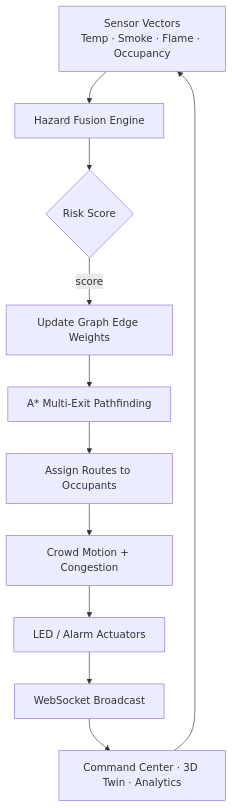
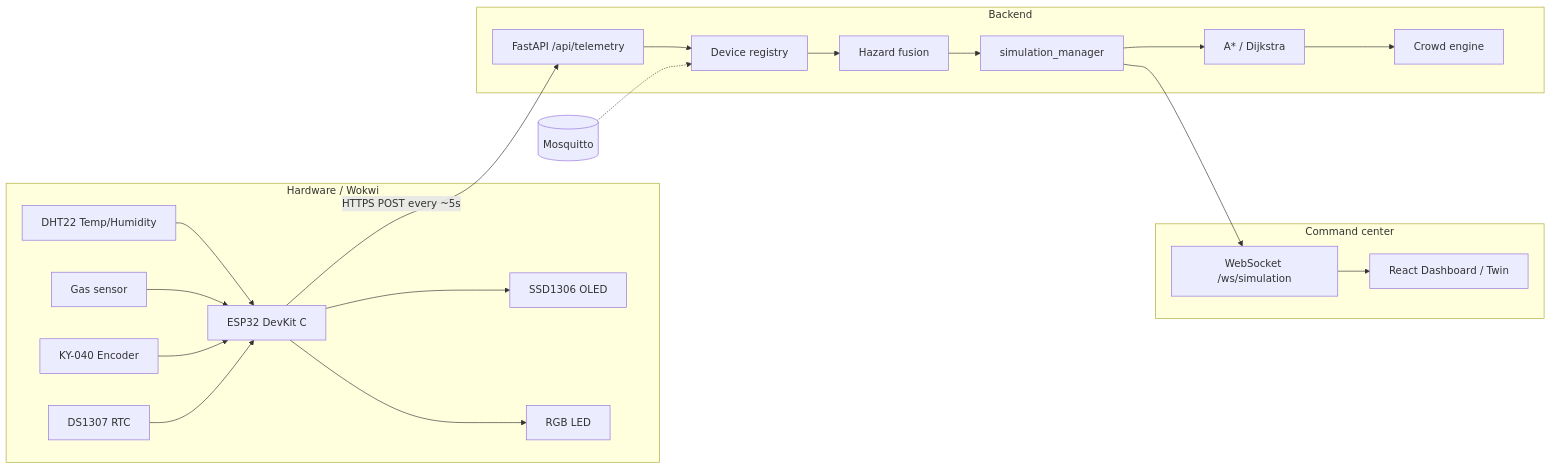
Before and after one commit to akshaimax341/fire-exit: the diagram in README.md, drawn with Mermaid. The commit also changed other lines of this file and 30 other files, not shown here.

````diff
--- a/README.md
+++ b/README.md
@@ -64,13 +11,38 @@
 ```mermaid
-flowchart TD
-  A[Sensor Vectors<br/>Temp · Smoke · Flame · Occupancy] --> B[Hazard Fusion Engine]
-  B --> C{Risk Score}
-  C -->|score| D[Update Graph Edge Weights]
-  D --> E[A* Multi-Exit Pathfinding]
-  E --> F[Assign Routes to Occupants]
-  F --> G[Crowd Motion + Congestion]
-  G --> H[LED / Alarm Actuators]
-  H --> I[WebSocket Broadcast]
-  I --> J[Command Center · 3D Twin · Analytics]
-  J --> A
+flowchart LR
+  subgraph Edge["Hardware / Wokwi"]
+    DHT[DHT22 Temp/Humidity]
+    GAS[Gas sensor]
+    ENC[KY-040 Encoder]
+    RTC[DS1307 RTC]
+    OLED[SSD1306 OLED]
+    RGB[RGB LED]
+    ESP[ESP32 DevKit C]
+    DHT --> ESP
+    GAS --> ESP
+    ENC --> ESP
+    RTC --> ESP
+    ESP --> OLED
+    ESP --> RGB
+  end
+
+  subgraph Cloud["Backend"]
+    API[FastAPI /api/telemetry]
+    REG[Device registry]
+    HAZ[Hazard fusion]
+    PATH[A* / Dijkstra]
+    CROWD[Crowd engine]
+    SIM[simulation_manager]
+    API --> REG --> HAZ --> SIM
+    SIM --> PATH --> CROWD
+  end
+
+  subgraph Ops["Command center"]
+    UI[React Dashboard / Twin]
+    WS[WebSocket /ws/simulation]
+    SIM --> WS --> UI
+  end
+
+  ESP -->|HTTPS POST every ~5s| API
+  MQTT[(Mosquitto)] -.-> REG
 ```
````
